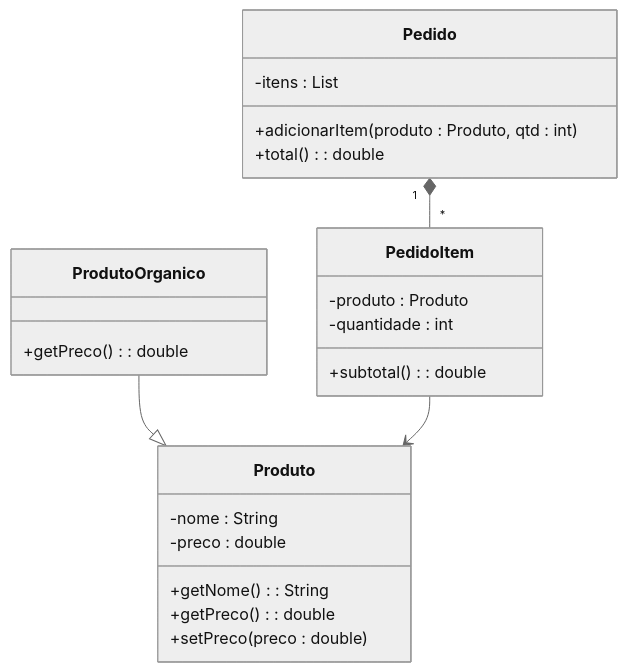
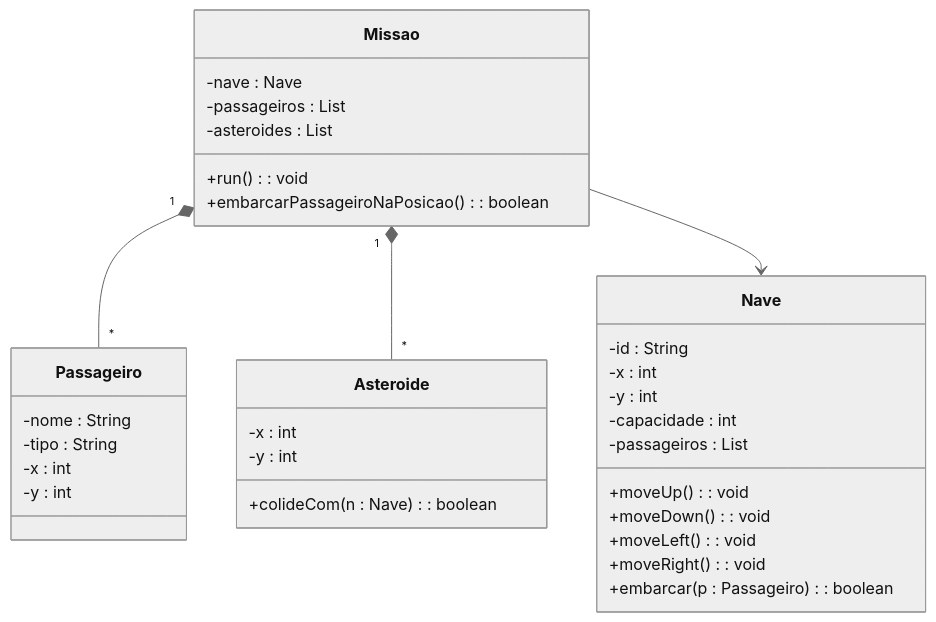
One commit to ProfBezerra/T200-ProjArqSist changed the second of 4 diagrams in missaoMarteUnifor/OO/apostila_oo_java_projeto_arquitetura.md. Above: the diagram before and after it, drawn with Mermaid (neutral theme). The commit also changed other lines of this file and 11 other files, not shown here.

````diff
--- a/missaoMarteUnifor/OO/apostila_oo_java_projeto_arquitetura.md
+++ b/missaoMarteUnifor/OO/apostila_oo_java_projeto_arquitetura.md
@@ -407,30 +429,40 @@
 ```mermaid
 classDiagram
-    class Produto {
-        -nome : String
-        -preco : double
-        +getNome() : String
-        +getPreco() : double
-        +setPreco(preco : double)
+    class Nave {
+        -id : String
+        -x : int
+        -y : int
+        -capacidade : int
+        -passageiros : List<Passageiro>
+        +moveUp() : void
+        +moveDown() : void
+        +moveLeft() : void
+        +moveRight() : void
+        +embarcar(p : Passageiro) : boolean
     }
 
-    class ProdutoOrganico {
-        +getPreco() : double
-    }
-    ProdutoOrganico --|> Produto
-
-    class PedidoItem {
-        -produto : Produto
-        -quantidade : int
-        +subtotal() : double
+    class Passageiro {
+        -nome : String
+        -tipo : String
+        -x : int
+        -y : int
     }
 
-    class Pedido {
-        -itens : List<PedidoItem>
-        +adicionarItem(produto : Produto, qtd : int)
-        +total() : double
+    class Asteroide {
+        -x : int
+        -y : int
+        +colideCom(n : Nave) : boolean
     }
 
-    Pedido "1" *-- "*" PedidoItem
-    PedidoItem --> Produto
+    class Missao {
+        -nave : Nave
+        -passageiros : List<Passageiro>
+        -asteroides : List<Asteroide>
+        +run() : void
+        +embarcarPassageiroNaPosicao() : boolean
+    }
+
+    Missao "1" *-- "*" Passageiro
+    Missao "1" *-- "*" Asteroide
+    Missao --> Nave
 ```
````
